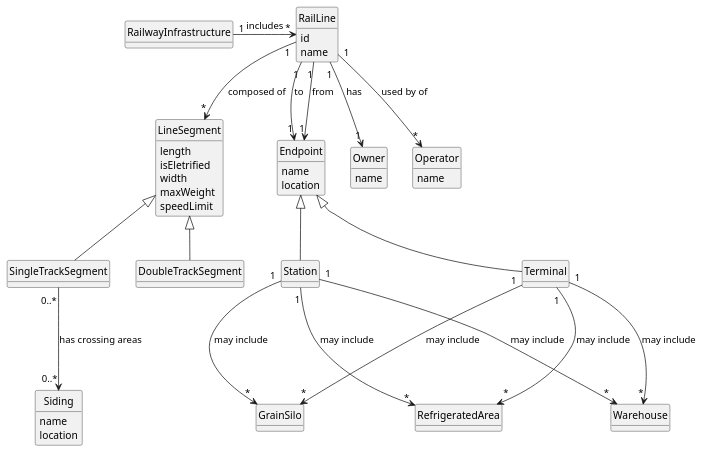
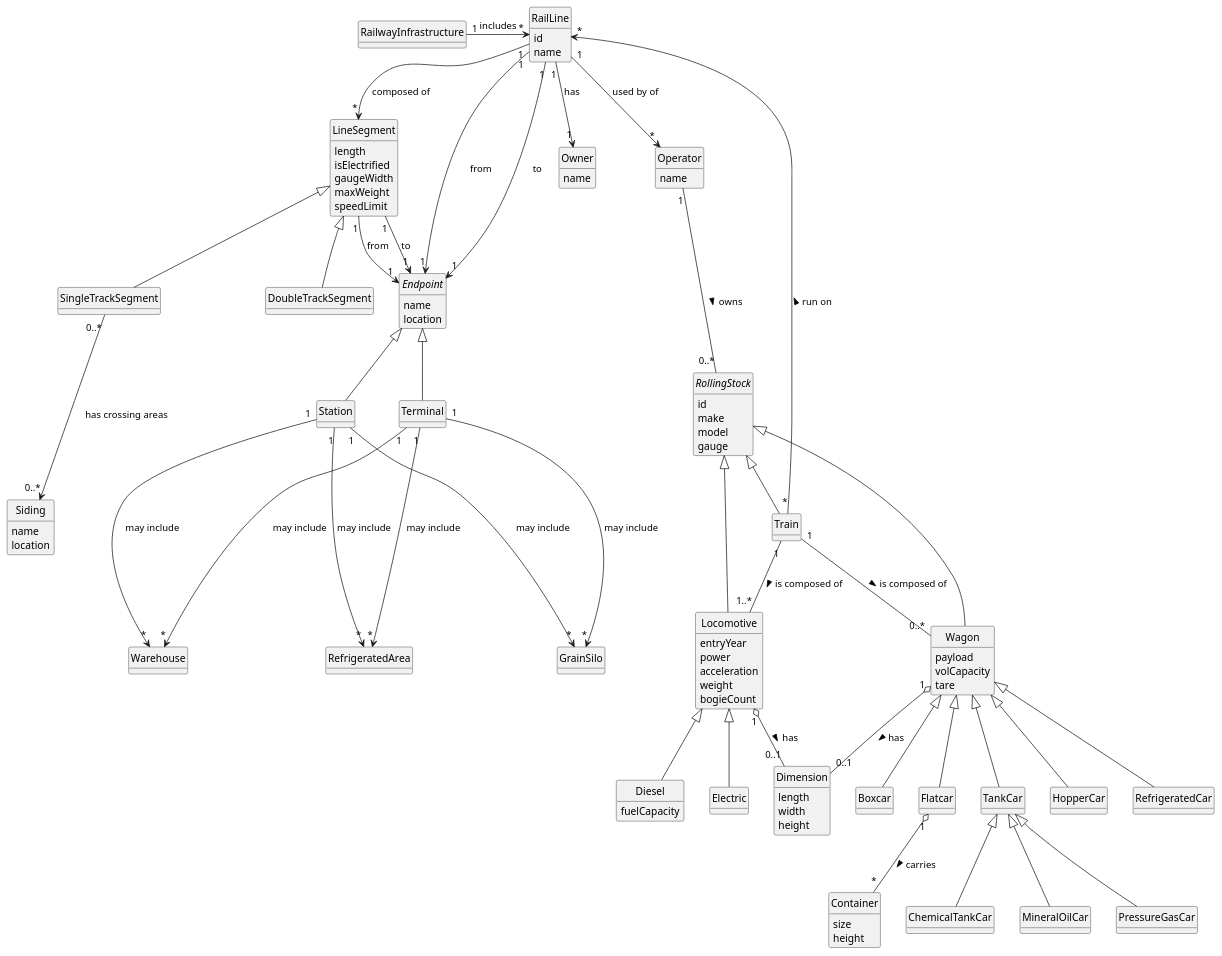
Before and after one commit to bruno-monteiro5/sem3-pi-25.26-g164-repository: the diagram in docs/system-documentation/global-artifacts/DM/puml/DM.puml, drawn with PlantUML.

Commit message:
USLP01(Docs)- domain model updated with some more details until 2.2.3 [#25]

```diff
--- a/docs/system-documentation/global-artifacts/DM/puml/DM.puml
+++ b/docs/system-documentation/global-artifacts/DM/puml/DM.puml
@@ -1,85 +1,152 @@
 @startuml
 skinparam monochrome true
 skinparam packageStyle rectangle
 skinparam shadowing false
 skinparam classAttributeIconSize 0
 hide circle
 hide methods
 
 class RailwayInfrastructure {
 
 }
 
 class RailLine {
     id
     name
 }
 
 class LineSegment {
     length
-    isEletrified
-    width
+    isElectrified
+    gaugeWidth
     maxWeight
     speedLimit
 }
 
 class SingleTrackSegment extends LineSegment {
 }
 
 class DoubleTrackSegment extends LineSegment {
 }
 
 class Siding {
   name
   location
 }
 
-class Endpoint {
+abstract class Endpoint {
     name
     location
 }
 
 class Owner {
     name
 }
 
 class Operator {
     name
 }
 
 class Station extends Endpoint{
 }
 class Terminal extends Endpoint{
 }
 
 class Warehouse {
 }
 
 class RefrigeratedArea {
 }
 
 class GrainSilo {
 }
 
+abstract class RollingStock {
+   id
+   make
+   model
+   gauge
+
+}
+class Locomotive extends RollingStock {
+    entryYear
+    power
+    acceleration
+    weight
+    bogieCount
+}
+
+class Diesel extends Locomotive {
+    fuelCapacity
+}
+
+class Electric extends Locomotive {
+}
+
+class Wagon extends RollingStock {
+    payload
+    volCapacity
+    tare
+}
+
+class Train extends RollingStock {
+}
+
+class Boxcar extends Wagon {
+ }
+class Flatcar extends Wagon {
+}
+class TankCar extends Wagon {
+ }
+class HopperCar extends Wagon {
+}
+class RefrigeratedCar extends Wagon {
+}
+
+class ChemicalTankCar extends TankCar {
+ }
+class MineralOilCar   extends TankCar {
+ }
+class PressureGasCar  extends TankCar {
+ }
+
+ class Container {
+    size
+    height
+}
+
+class Dimension {
+    length
+    width
+    height
+}
+
 
 
 
 
 RailwayInfrastructure "1" -> "*" RailLine : includes
 RailLine "1" --> "*" LineSegment : composed of
 SingleTrackSegment "0..*" ---> "0..*" Siding : has crossing areas
 RailLine "1" --> "1" Endpoint : from
 RailLine "1" --> "1" Endpoint : to
+LineSegment "1" --> "1" Endpoint : from
+LineSegment "1" --> "1" Endpoint : to
 RailLine "1" --> "1" Owner : has
 RailLine "1" --> "*" Operator : used by of
 Terminal "1" ---> "*" Warehouse : may include
 Station "1" ---> "*" Warehouse : may include
 Terminal "1" ---> "*" RefrigeratedArea : may include
 Station "1" ---> "*" RefrigeratedArea : may include
 Terminal "1" ---> "*" GrainSilo : may include
 Station "1" ---> "*" GrainSilo : may include
-
-
+Operator "1" --- "0..*" RollingStock : owns >
+Train "1" -- "1..*" Locomotive : is composed of >
+Train "1" -- "0..*" Wagon : is composed of >
+Train "*" ---> "*" RailLine : run on >
+Flatcar "1" o-- "*" Container : carries >
+Locomotive "1" o-- "0..1" Dimension : has >
+Wagon "1" o-- "0..1" Dimension : has >
 
 
 @enduml
```
